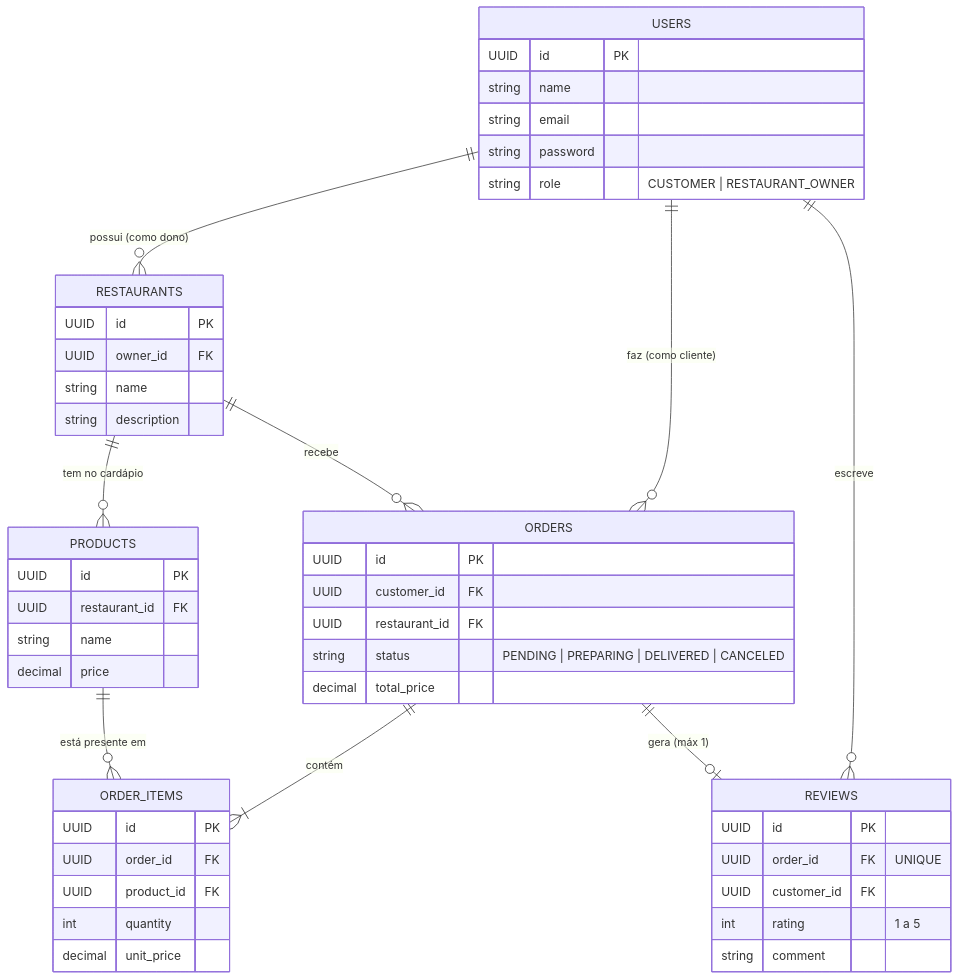
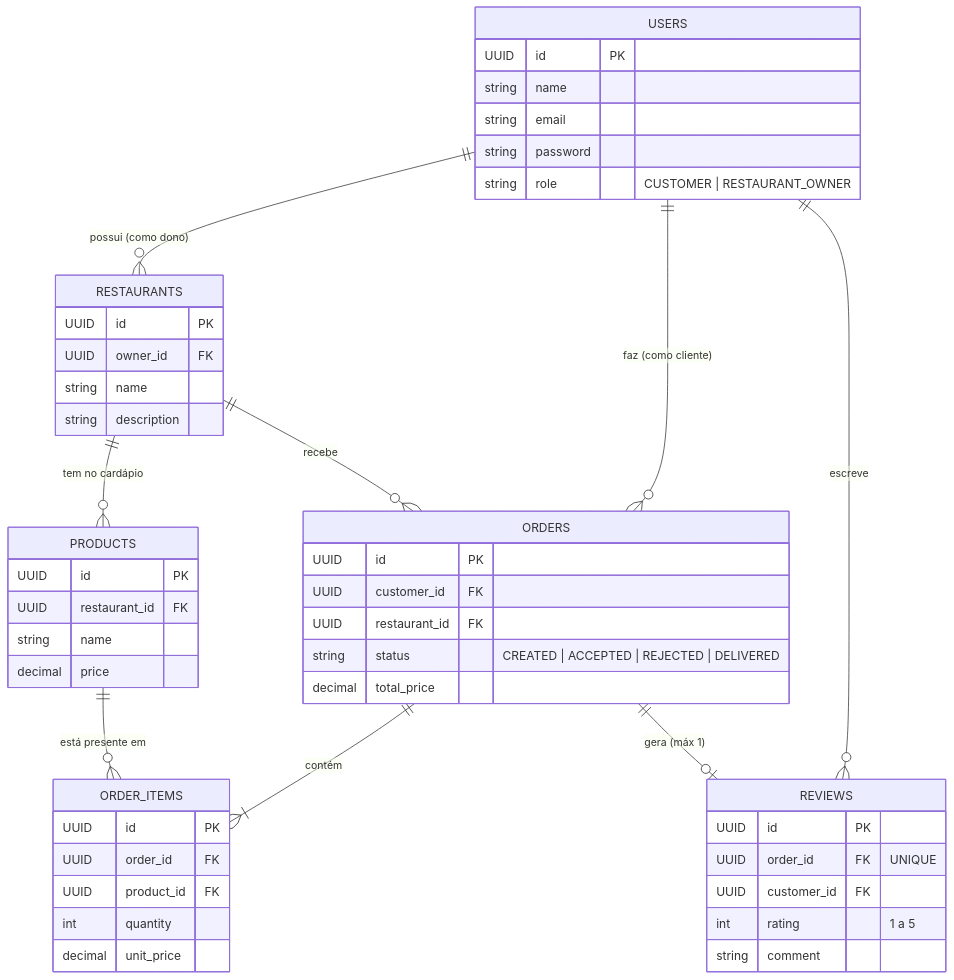
Before and after one commit to uallace-macedo/dev-playbook: the diagram in .docs/domain-models.md, drawn with Mermaid.

Commit message:
docs(domain-models): update order status enum

````diff
--- a/.docs/domain-models.md
+++ b/.docs/domain-models.md
@@ -1,60 +1,60 @@
 ```mermaid
 erDiagram
   USERS ||--o{ RESTAURANTS : "possui (como dono)"
   USERS ||--o{ ORDERS : "faz (como cliente)"
   USERS ||--o{ REVIEWS : "escreve"
   
   RESTAURANTS ||--o{ PRODUCTS : "tem no cardápio"
   RESTAURANTS ||--o{ ORDERS : "recebe"
   
   ORDERS ||--|{ ORDER_ITEMS : "contém"
   PRODUCTS ||--o{ ORDER_ITEMS : "está presente em"
   
   ORDERS ||--o| REVIEWS : "gera (máx 1)"
 
   USERS {
     UUID id PK
     string name
     string email
     string password
     string role "CUSTOMER | RESTAURANT_OWNER"
   }
 
   RESTAURANTS {
     UUID id PK
     UUID owner_id FK
     string name
     string description
   }
 
   PRODUCTS {
     UUID id PK
     UUID restaurant_id FK
     string name
     decimal price
   }
 
   ORDERS {
     UUID id PK
     UUID customer_id FK
     UUID restaurant_id FK
-    string status "PENDING | PREPARING | DELIVERED | CANCELED"
+    string status "CREATED | ACCEPTED | REJECTED | DELIVERED"
     decimal total_price
   }
 
   ORDER_ITEMS {
     UUID id PK
     UUID order_id FK
     UUID product_id FK
     int quantity
     decimal unit_price
   }
 
   REVIEWS {
     UUID id PK
     UUID order_id FK "UNIQUE"
     UUID customer_id FK
     int rating "1 a 5"
     string comment
   }
 ```
````
